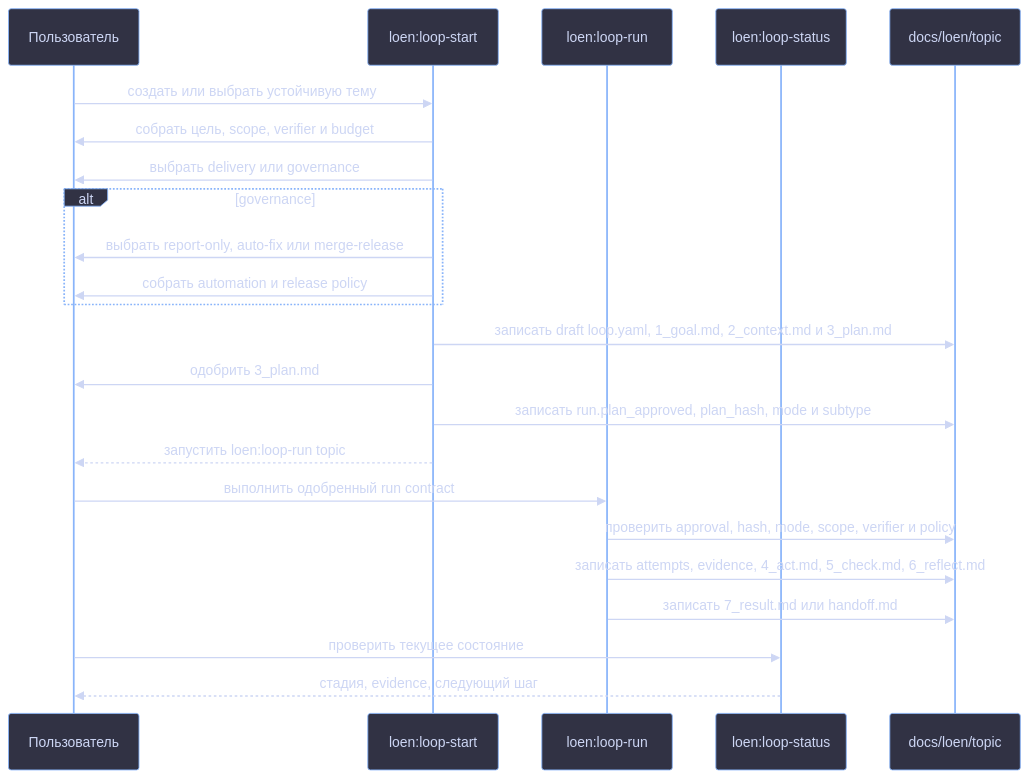
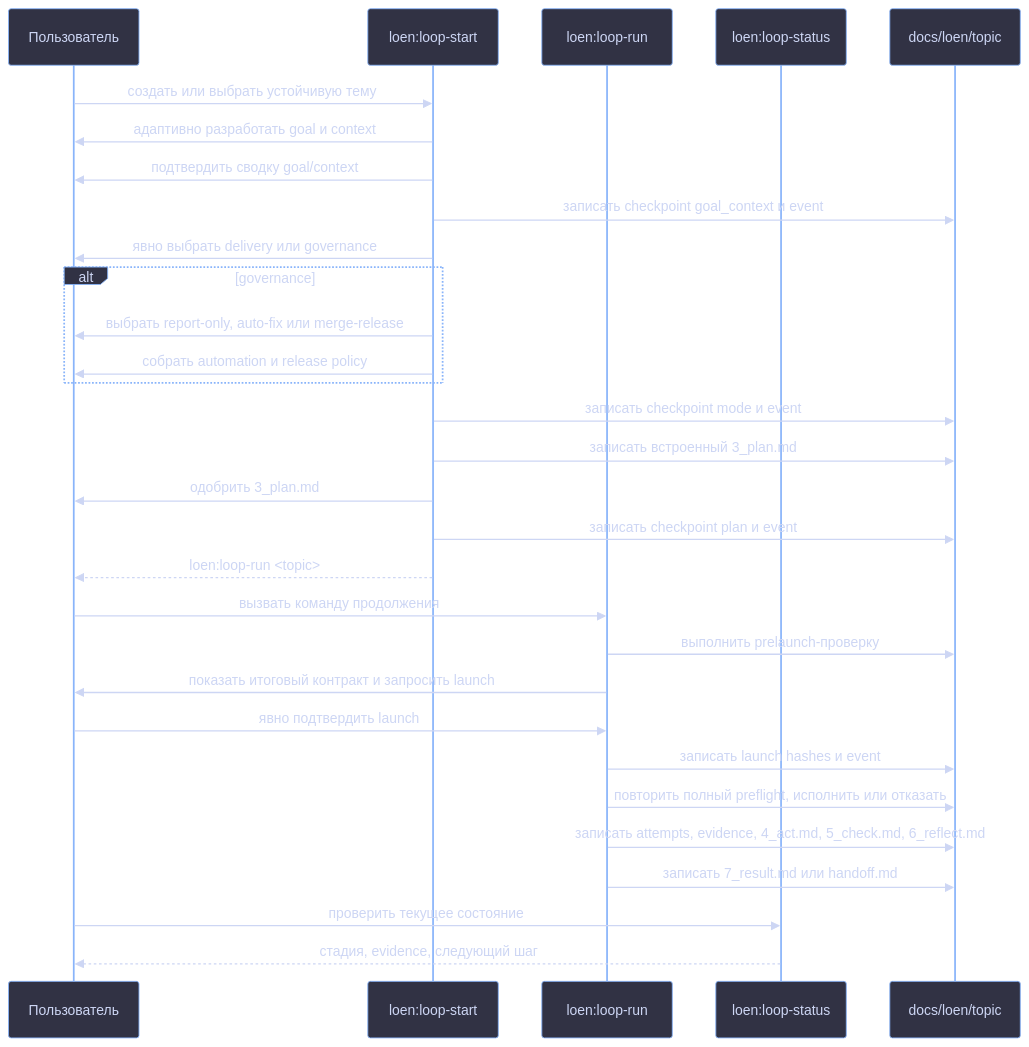
The first of 2 diagrams in .codex-isolated/plugins/cache/ikeniborn/loen/0.2.0/README.ru.md (ikeniborn/icodex), drawn with Mermaid before and after one commit. The commit also changed other lines of this file and 29 other files, not shown here.

````diff
--- a/.codex-isolated/plugins/cache/ikeniborn/loen/0.2.0/README.ru.md
+++ b/.codex-isolated/plugins/cache/ikeniborn/loen/0.2.0/README.ru.md
@@ -81,27 +84,34 @@
 ```mermaid
 %%{init: {'theme': 'base', 'themeVariables': {'background': '#1e1e2e', 'primaryColor': '#313244', 'primaryTextColor': '#cdd6f4', 'primaryBorderColor': '#89b4fa', 'lineColor': '#888888', 'secondaryColor': '#181825', 'tertiaryColor': '#45475a'}}}%%
 sequenceDiagram
     participant User as Пользователь
     participant Start as loen:loop-start
     participant Run as loen:loop-run
     participant Status as loen:loop-status
     participant Files as docs/loen/topic
 
     User->>Start: создать или выбрать устойчивую тему
-    Start->>User: собрать цель, scope, verifier и budget
-    Start->>User: выбрать delivery или governance
+    Start->>User: адаптивно разработать goal и context
+    Start->>User: подтвердить сводку goal/context
+    Start->>Files: записать checkpoint goal_context и event
+    Start->>User: явно выбрать delivery или governance
     alt governance
         Start->>User: выбрать report-only, auto-fix или merge-release
         Start->>User: собрать automation и release policy
     end
-    Start->>Files: записать draft loop.yaml, 1_goal.md, 2_context.md и 3_plan.md
+    Start->>Files: записать checkpoint mode и event
+    Start->>Files: записать встроенный 3_plan.md
     Start->>User: одобрить 3_plan.md
-    Start->>Files: записать run.plan_approved, plan_hash, mode и subtype
-    Start-->>User: запустить loen:loop-run topic
-    User->>Run: выполнить одобренный run contract
-    Run->>Files: проверить approval, hash, mode, scope, verifier и policy
+    Start->>Files: записать checkpoint plan и event
+    Start-->>User: loen:loop-run #60;topic#62;
+    User->>Run: вызвать команду продолжения
+    Run->>Files: выполнить prelaunch-проверку
+    Run->>User: показать итоговый контракт и запросить launch
+    User->>Run: явно подтвердить launch
+    Run->>Files: записать launch hashes и event
+    Run->>Files: повторить полный preflight, исполнить или отказать
     Run->>Files: записать attempts, evidence, 4_act.md, 5_check.md, 6_reflect.md
     Run->>Files: записать 7_result.md или handoff.md
     User->>Status: проверить текущее состояние
     Status-->>User: стадия, evidence, следующий шаг
 ```
````
